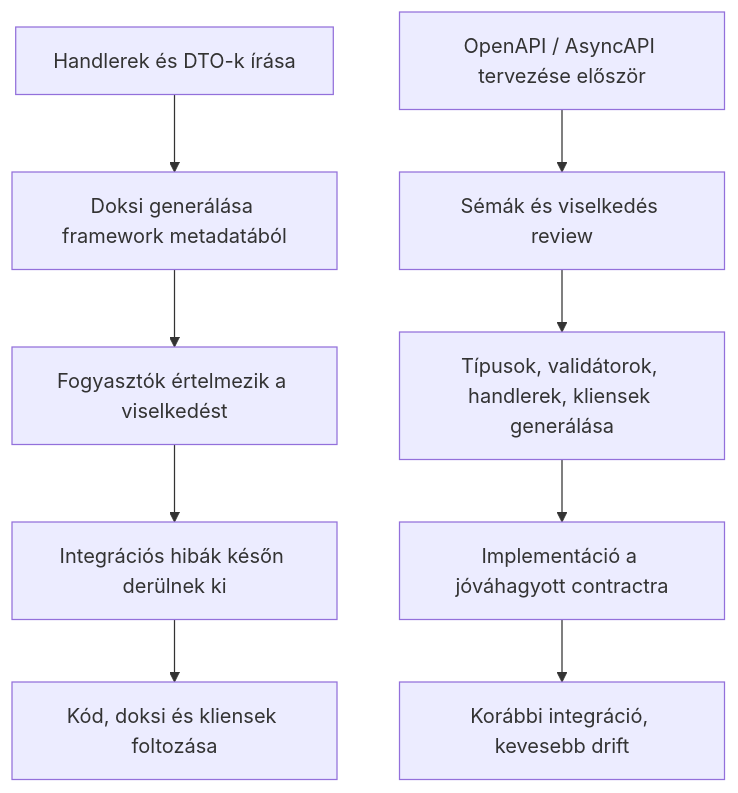
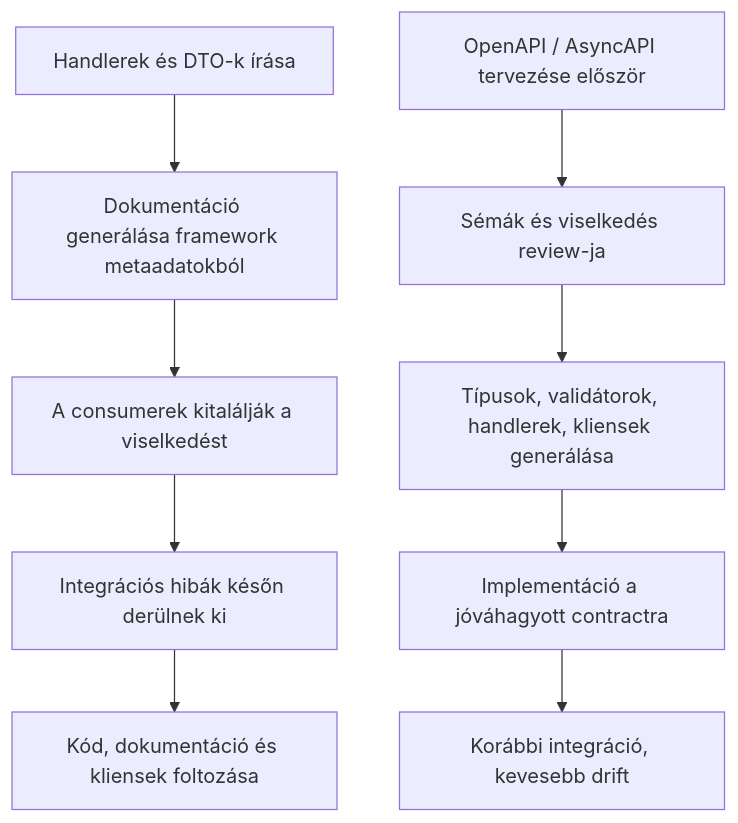
The first of 3 diagrams in posts/hu/contract-first-json-schema.md (monad-systems/monad.hu), drawn with Mermaid before and after one commit. The commit also changed other lines of this file and 2 other files, not shown here.

````diff
--- a/posts/hu/contract-first-json-schema.md
+++ b/posts/hu/contract-first-json-schema.md
@@ -72,12 +72,12 @@
 ```mermaid
 flowchart TD
-    A[Handlerek és DTO-k írása] --> B[Doksi generálása framework metadatából]
-    B --> C[Fogyasztók értelmezik a viselkedést]
+    A[Handlerek és DTO-k írása] --> B[Dokumentáció generálása framework metaadatokból]
+    B --> C[A consumerek kitalálják a viselkedést]
     C --> D[Integrációs hibák későn derülnek ki]
-    D --> E[Kód, doksi és kliensek foltozása]
+    D --> E[Kód, dokumentáció és kliensek foltozása]
 
-    F[OpenAPI / AsyncAPI tervezése először] --> G[Sémák és viselkedés review]
+    F[OpenAPI / AsyncAPI tervezése először] --> G[Sémák és viselkedés review-ja]
     G --> H[Típusok, validátorok, handlerek, kliensek generálása]
     H --> I[Implementáció a jóváhagyott contractra]
     I --> J[Korábbi integráció, kevesebb drift]
 ```
````
